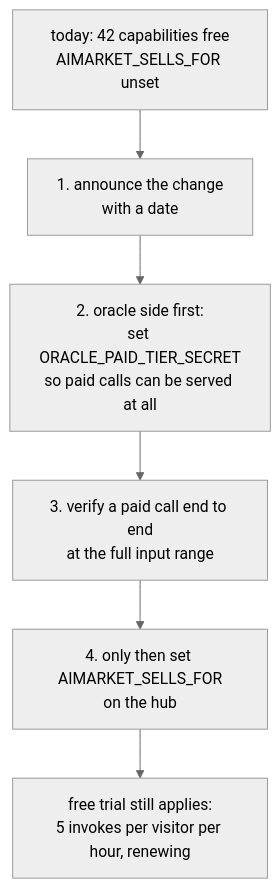
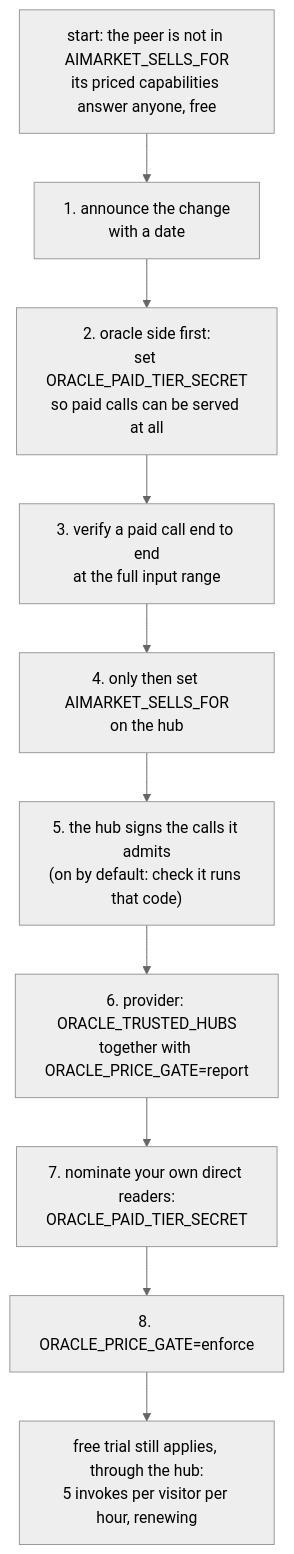
The third of 4 diagrams in docs/free-and-paid-tiers.md (alexar76/aicom), drawn with Mermaid (neutral theme) before and after one commit. The commit also changed other lines of this file and 496 other files, not shown here.

````diff
--- a/docs/free-and-paid-tiers.md
+++ b/docs/free-and-paid-tiers.md
@@ -285,8 +371,12 @@
 ```mermaid
 flowchart TD
-    S["today: 42 capabilities free<br/>AIMARKET_SELLS_FOR unset"] --> A["1. announce the change<br/>with a date"]
+    S["start: the peer is not in AIMARKET_SELLS_FOR<br/>its priced capabilities answer anyone, free"] --> A["1. announce the change<br/>with a date"]
     A --> B["2. oracle side first:<br/>set ORACLE_PAID_TIER_SECRET<br/>so paid calls can be served at all"]
     B --> C["3. verify a paid call end to end<br/>at the full input range"]
     C --> D["4. only then set AIMARKET_SELLS_FOR<br/>on the hub"]
-    D --> E["free trial still applies:<br/>5 invokes per visitor per hour, renewing"]
+    D --> H["5. the hub signs the calls it admits<br/>(on by default: check it runs that code)"]
+    H --> R["6. provider: ORACLE_TRUSTED_HUBS<br/>together with ORACLE_PRICE_GATE=report"]
+    R --> N["7. nominate your own direct readers:<br/>ORACLE_PAID_TIER_SECRET"]
+    N --> X["8. ORACLE_PRICE_GATE=enforce"]
+    X --> E["free trial still applies, through the hub:<br/>5 invokes per visitor per hour, renewing"]
 ```
````
